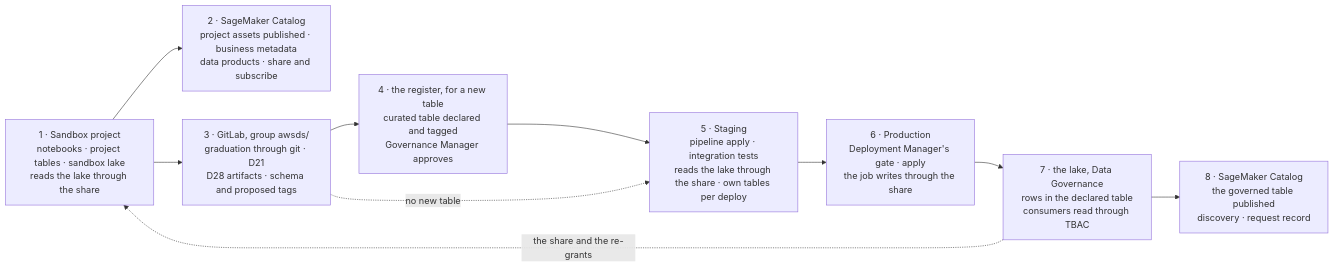
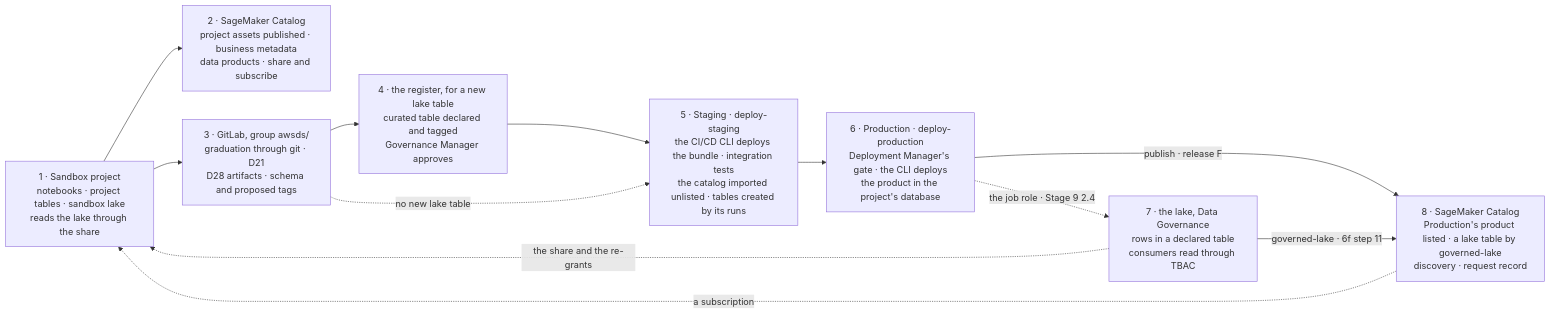
Before and after one commit to felipenoris/AWS-DataScience: the second of 2 diagrams in docs/GOVERNANCE.md, drawn with Mermaid. The commit also changed other lines of this file and 182 other files, not shown here.

````diff
--- a/docs/GOVERNANCE.md
+++ b/docs/GOVERNANCE.md
@@ -689,20 +697,22 @@
 ```mermaid
 flowchart LR
     A["1 · Sandbox project<br/>notebooks · project tables · sandbox lake<br/>reads the lake through the share"]
     B["2 · SageMaker Catalog<br/>project assets published · business metadata<br/>data products · share and subscribe"]
     C["3 · GitLab, group awsds/<br/>graduation through git · D21<br/>D28 artifacts · schema and proposed tags"]
-    R["4 · the register, for a new table<br/>curated table declared and tagged<br/>Governance Manager approves"]
-    D["5 · Staging<br/>pipeline apply · integration tests<br/>reads the lake through the share · own tables per deploy"]
-    E["6 · Production<br/>Deployment Manager's gate · apply<br/>the job writes through the share"]
-    F["7 · the lake, Data Governance<br/>rows in the declared table<br/>consumers read through TBAC"]
-    G["8 · SageMaker Catalog<br/>the governed table published<br/>discovery · request record"]
+    R["4 · the register, for a new lake table<br/>curated table declared and tagged<br/>Governance Manager approves"]
+    D["5 · Staging · deploy-staging<br/>the CI/CD CLI deploys the bundle · integration tests<br/>the catalog imported unlisted · tables created by its runs"]
+    E["6 · Production · deploy-production<br/>Deployment Manager's gate · the CLI deploys<br/>the product in the project's database"]
+    F["7 · the lake, Data Governance<br/>rows in a declared table<br/>consumers read through TBAC"]
+    G["8 · SageMaker Catalog<br/>Production's product listed · a lake table by governed-lake<br/>discovery · request record"]
     A --> B
     A --> C
     C --> R
     R --> D
-    C -.->|"no new table"| D
+    C -.->|"no new lake table"| D
     D --> E
-    E --> F
-    F --> G
+    E -->|"publish · release F"| G
+    E -.->|"the job role · Stage 9 2.4"| F
+    F -->|"governed-lake · 6f step 11"| G
     F -.->|"the share and the re-grants"| A
+    G -.->|"a subscription"| A
 ```
````
